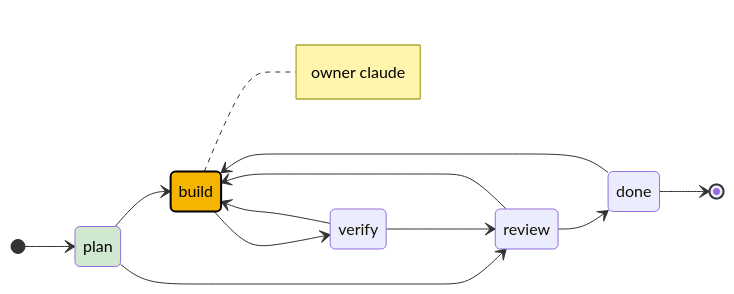
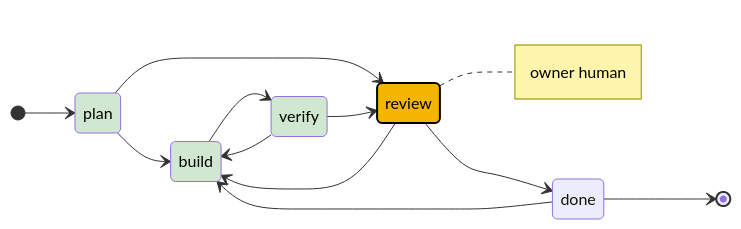
The diagram in .agents/state/audit-lm-2026-11-17/STATE.md (iskandarnorazli/LocationManagement), drawn with Mermaid before and after one commit. The commit also changed other lines of this file and 12 other files, not shown here.

````diff
--- a/.agents/state/audit-lm-2026-11-17/STATE.md
+++ b/.agents/state/audit-lm-2026-11-17/STATE.md
@@ -35,19 +40,21 @@
 ```mermaid
 stateDiagram-v2
     direction LR
     [*] --> plan
     plan --> build
     plan --> review
     build --> verify
     verify --> build
     verify --> review
     review --> build
     review --> done
     done --> build
     done --> [*]
-    note right of build: owner claude
+    note right of review: owner human
     classDef current fill:#f4b400,color:#000,stroke:#000,stroke-width:2px
     classDef visited fill:#cfe8cf,color:#000
+    class build visited
     class plan visited
-    class build current
+    class verify visited
+    class review current
 ```
````
